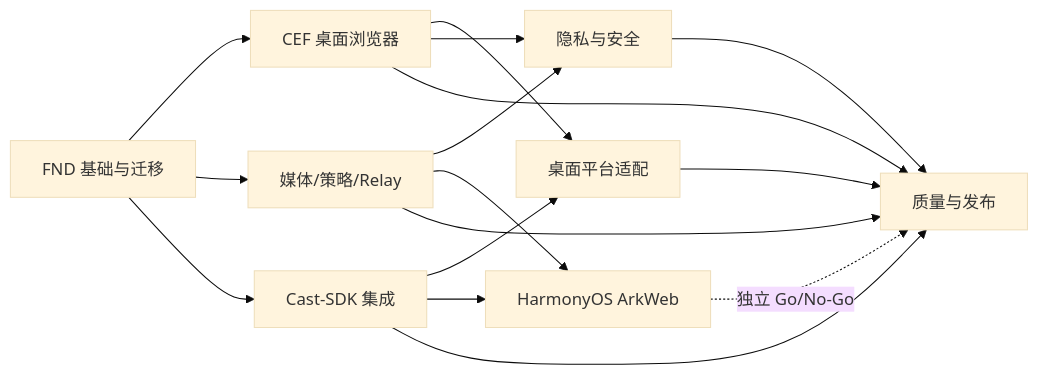
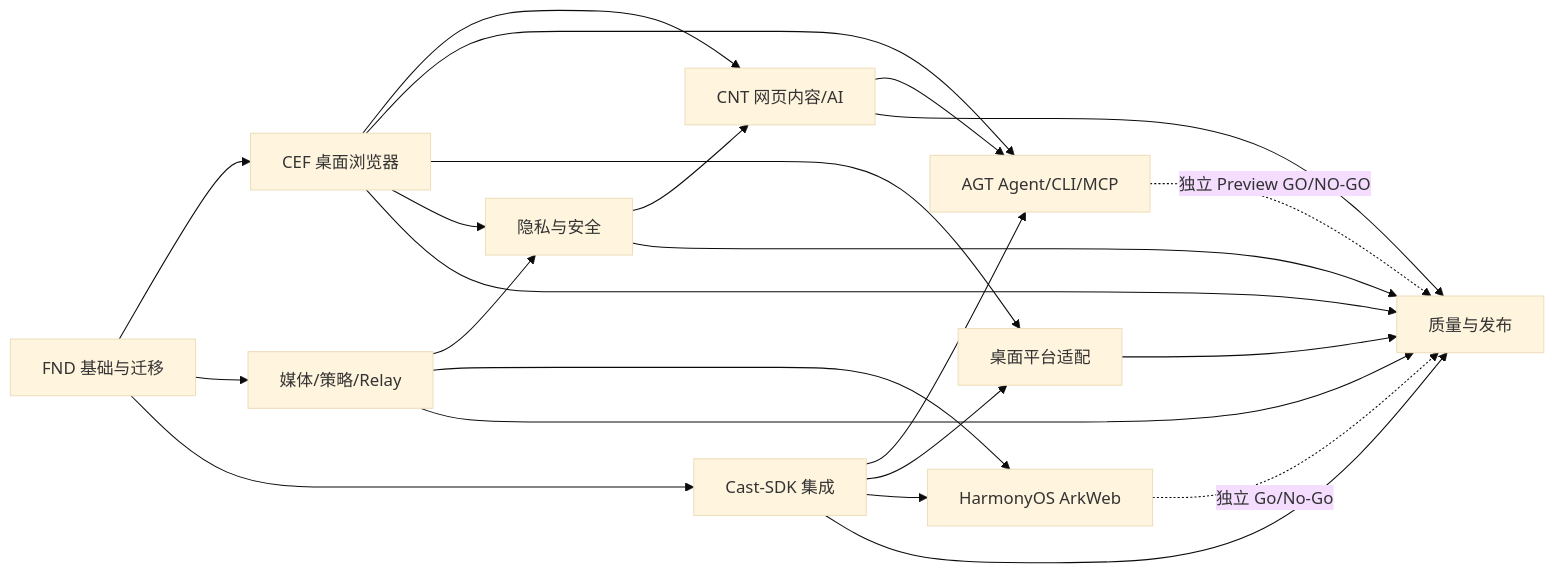
One commit to shenyingjun5/crayon-browser changed the diagram in docs/crayon-private-cast-browser-roadmap.md. Above: the diagram before and after it, drawn with Mermaid (base theme). The commit also changed other lines of this file and 16 other files, not shown here.

Commit message:
docs: 产品定位升级 v0.4——AI 投屏浏览器与 CNT/AGT Roadmap

````diff
--- a/docs/crayon-private-cast-browser-roadmap.md
+++ b/docs/crayon-private-cast-browser-roadmap.md
@@ -39,18 +41,25 @@
 ```mermaid
 flowchart LR
     FND["FND 基础与迁移"] --> CEF["CEF 桌面浏览器"]
     FND --> MED["媒体/策略/Relay"]
     FND --> SDK["Cast-SDK 集成"]
+    CEF --> CNT["CNT 网页内容/AI"]
+    PRV --> CNT
+    CNT --> AGT["AGT Agent/CLI/MCP"]
+    CEF --> AGT
+    SDK --> AGT
     CEF --> PLT["桌面平台适配"]
     SDK --> PLT
     CEF --> PRV["隐私与安全"]
     MED --> PRV
     MED --> HM["HarmonyOS ArkWeb"]
     SDK --> HM
     CEF --> QAR["质量与发布"]
     MED --> QAR
     SDK --> QAR
     PLT --> QAR
     PRV --> QAR
+    CNT --> QAR
+    AGT -. "独立 Preview GO/NO-GO" .-> QAR
     HM -. "独立 Go/No-Go" .-> QAR
 ```
````
